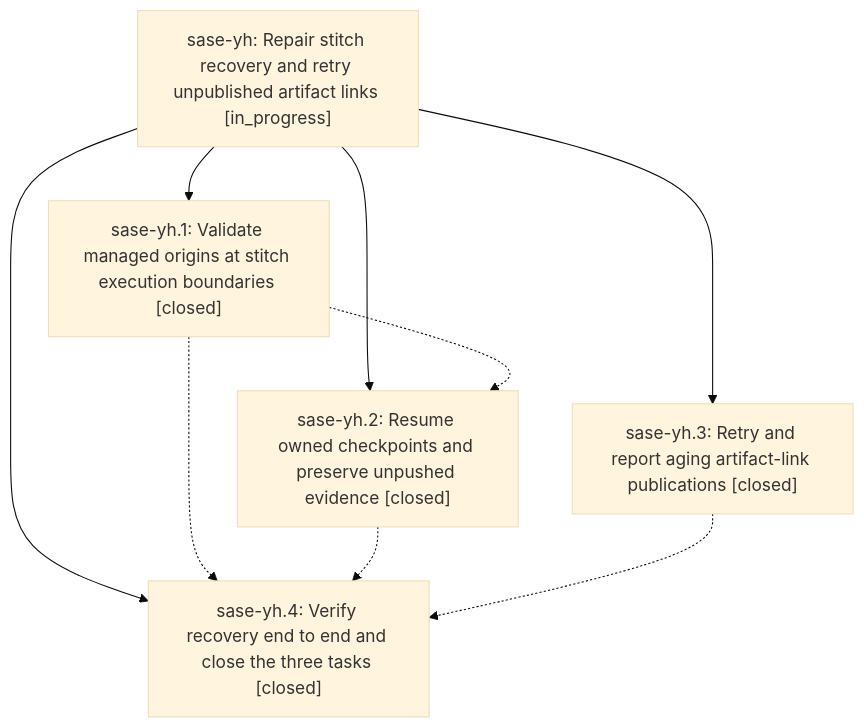
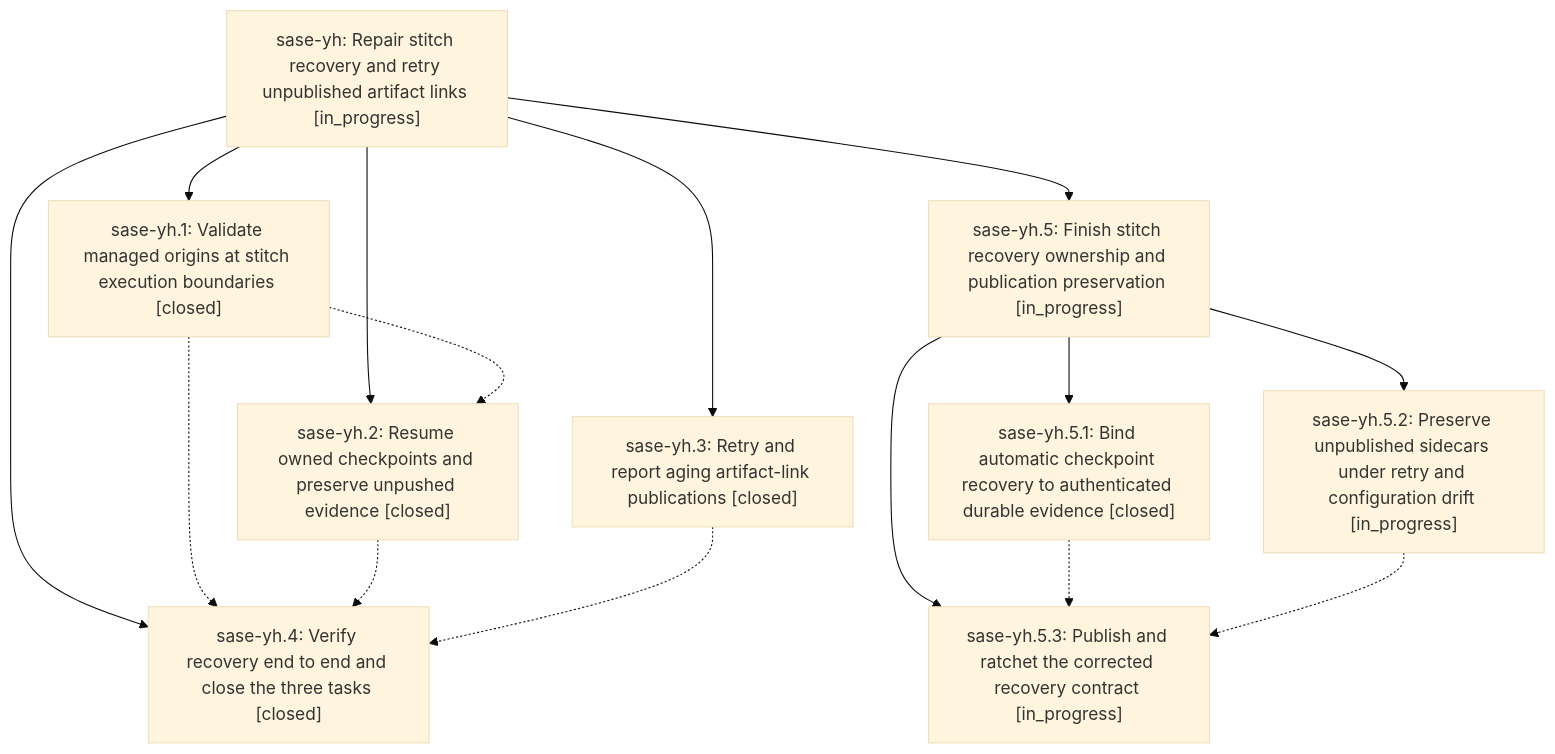
Before and after one commit to sase-org/sase--beads: the diagram in pages/sase-yh/README.md, drawn with Mermaid (base theme). The commit also changed other lines of this file and 5 other files, not shown here.

````diff
--- a/pages/sase-yh/README.md
+++ b/pages/sase-yh/README.md
@@ -43,16 +45,26 @@
 ```mermaid
 flowchart TD
     n0["sase-yh: Repair stitch recovery and retry unpublished artifact links [in_progress]"]
     n1["sase-yh.1: Validate managed origins at stitch execution boundaries [closed]"]
     n2["sase-yh.2: Resume owned checkpoints and preserve unpushed evidence [closed]"]
     n3["sase-yh.3: Retry and report aging artifact-link publications [closed]"]
     n4["sase-yh.4: Verify recovery end to end and close the three tasks [closed]"]
+    n5["sase-yh.5: Finish stitch recovery ownership and publication preservation [in_progress]"]
+    n6["sase-yh.5.1: Bind automatic checkpoint recovery to authenticated durable evidence [closed]"]
+    n7["sase-yh.5.2: Preserve unpublished sidecars under retry and configuration drift [in_progress]"]
+    n8["sase-yh.5.3: Publish and ratchet the corrected recovery contract [in_progress]"]
     n0 --> n1
     n0 --> n2
     n0 --> n3
     n0 --> n4
+    n0 --> n5
+    n5 --> n6
+    n5 --> n7
+    n5 --> n8
     n1 -.-> n2
     n1 -.-> n4
     n2 -.-> n4
     n3 -.-> n4
+    n6 -.-> n8
+    n7 -.-> n8
 ```
````
